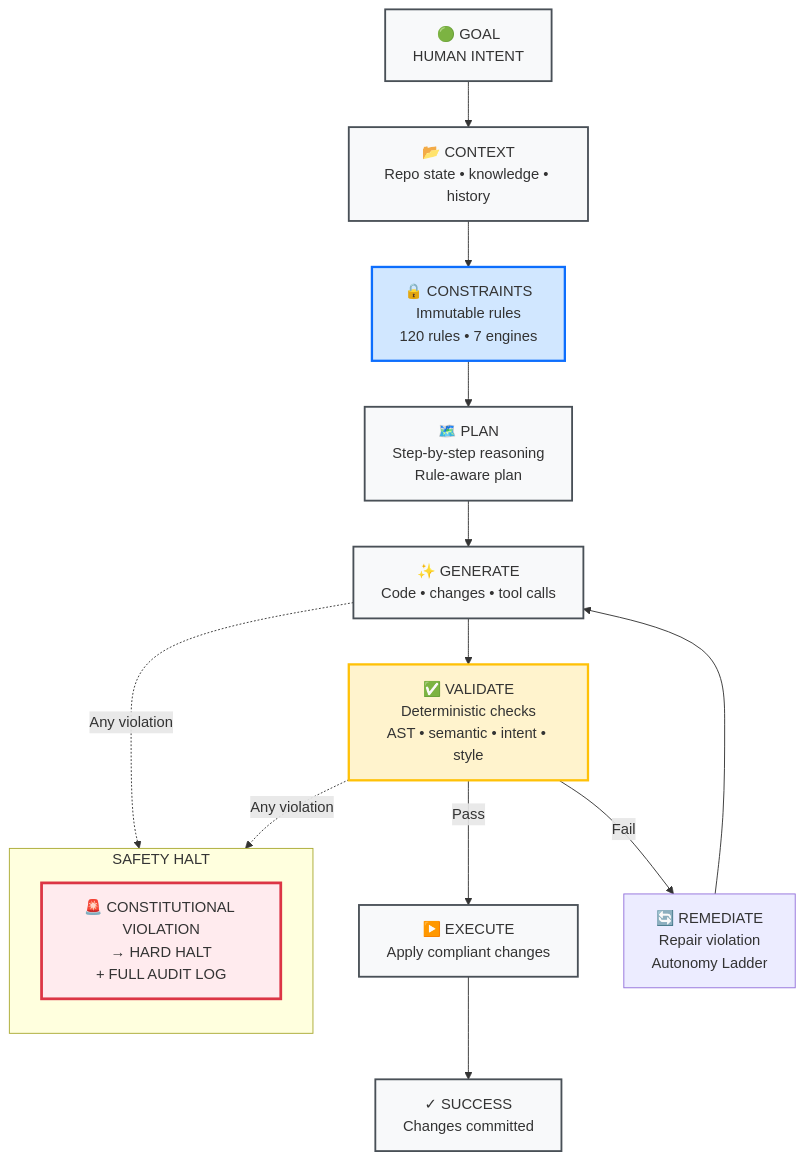
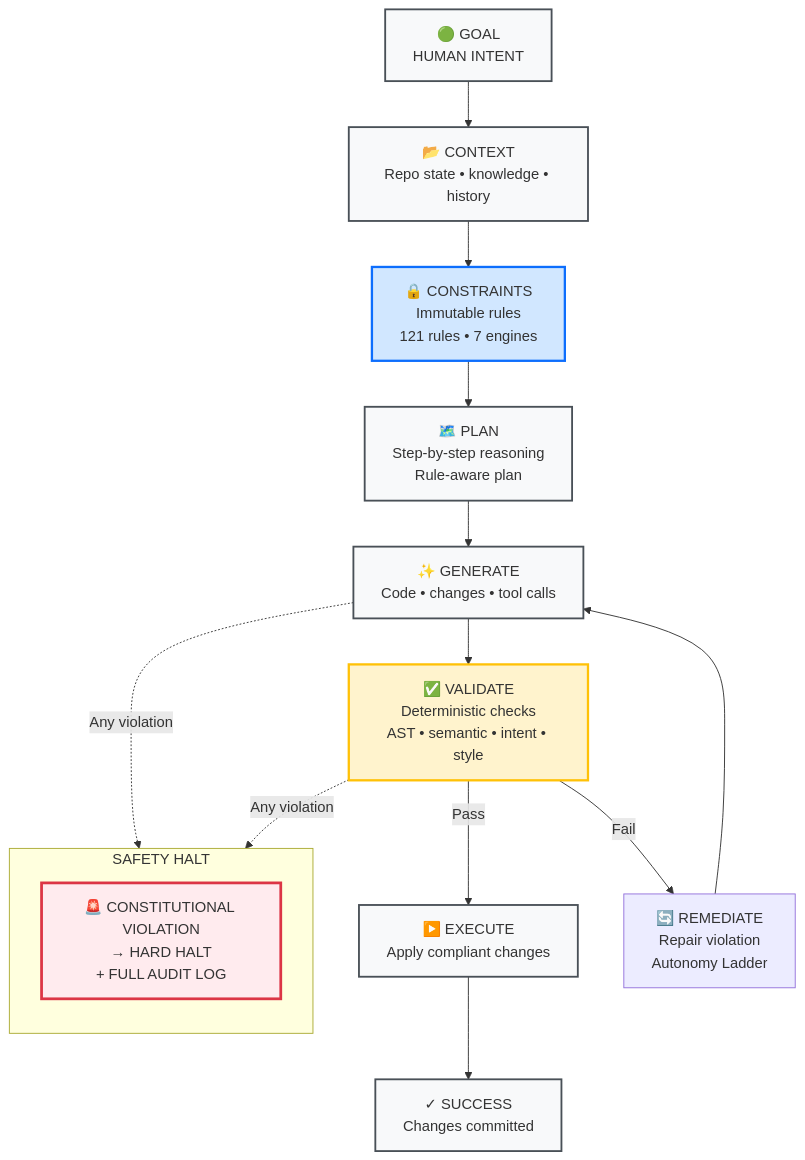
One commit to DariuszNewecki/CORE changed the diagram in README.md. Above: the diagram before and after it, drawn with Mermaid.

Commit message:
docs: update README — release, rule count, autonomy badge
- Release badge and Current Release updated to v2.4.0 — Consequence Chain
- Rule count corrected from 120 to 121 in flowchart and enforcement table
- Autonomy badge stays at A2; G2 (convergence) not yet demonstrated

````diff
--- a/README.md
+++ b/README.md
@@ -95,30 +95,30 @@
 ```mermaid
 flowchart TD
     A["🟢 GOAL\nHUMAN INTENT"] --> B["📂 CONTEXT\nRepo state • knowledge • history"]
-    B --> C["🔒 CONSTRAINTS\nImmutable rules\n120 rules • 7 engines"]
+    B --> C["🔒 CONSTRAINTS\nImmutable rules\n121 rules • 7 engines"]
     C --> D["🗺️ PLAN\nStep-by-step reasoning\nRule-aware plan"]
     D --> E["✨ GENERATE\nCode • changes • tool calls"]
     E --> F["✅ VALIDATE\nDeterministic checks\nAST • semantic • intent • style"]
     F -->|Pass| G["▶️ EXECUTE\nApply compliant changes"]
     F -->|Fail| H["🔄 REMEDIATE\nRepair violation\nAutonomy Ladder"]
     H --> E
     G --> I["✓ SUCCESS\nChanges committed"]
 
     subgraph "SAFETY HALT"
         direction TB
         J["🚨 CONSTITUTIONAL VIOLATION\n→ HARD HALT\n+ FULL AUDIT LOG"]
     end
 
     E -.->|Any violation| J
     F -.->|Any violation| J
 
     classDef phase      fill:#f8f9fa,stroke:#495057,stroke-width:2px
     classDef constraint fill:#d1e7ff,stroke:#0d6efd,stroke-width:2.5px
     classDef validate   fill:#fff3cd,stroke:#ffc107,stroke-width:2.5px
     classDef halt       fill:#ffebee,stroke:#dc3545,stroke-width:3px
 
     class A,B,D,E,G,I phase
     class C constraint
     class F validate
     class J halt
 ```
````
